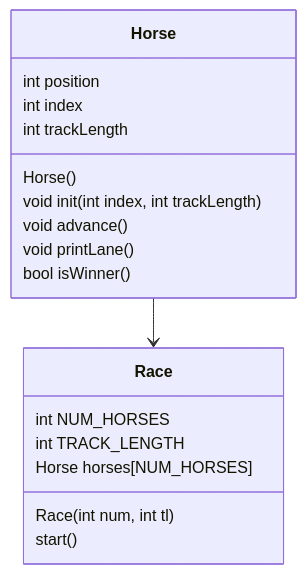
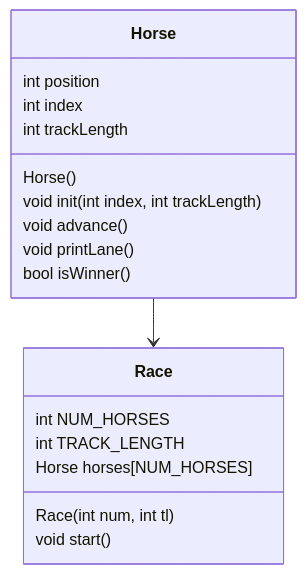
The diagram in README.md (adithyaganesan-hue/CS121P5), drawn with Mermaid before and after one commit. The commit also changed 8 other files, not shown here.

````diff
--- a/README.md
+++ b/README.md
@@ -5,25 +5,26 @@
 ```mermaid
 classDiagram
 direction TB
     class Horse {
       int position
       int index
       int trackLength
       Horse()
       void init(int index, int trackLength)
       void advance()
       void printLane()
 	    bool isWinner()
     }
 
+
     class Race {
       int NUM_HORSES
       int TRACK_LENGTH
 	    Horse horses[NUM_HORSES]
 
       Race(int num, int tl)
-	    start()
+	    void start()
     }
 
     Horse --> Race
 ```
````
